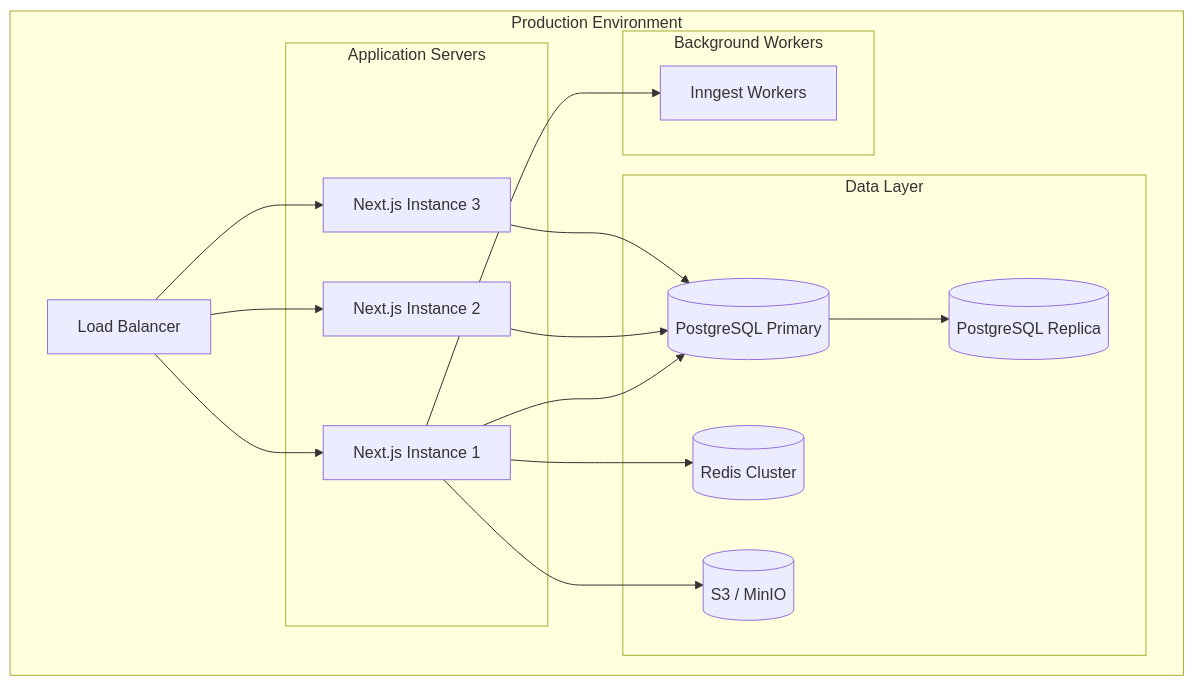
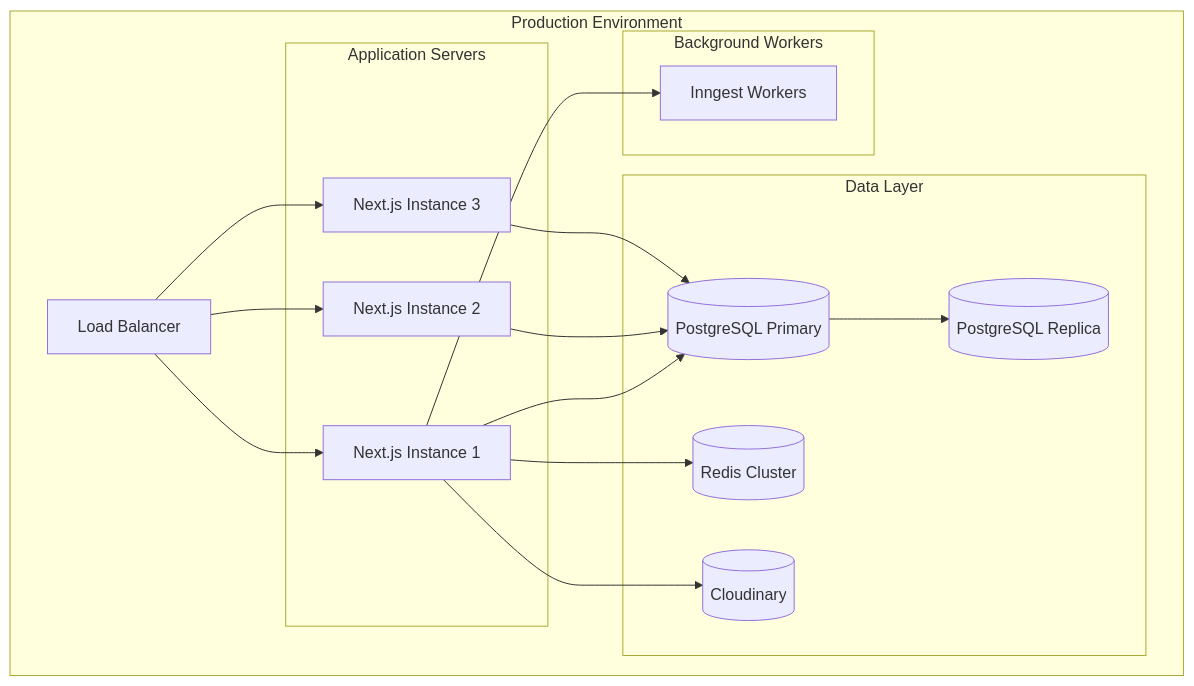
One commit to rejisterjack/rag-starter-kit changed the fifth of 6 diagrams in docs/ARCHITECTURE.md. Above: the diagram before and after it, drawn with Mermaid. The commit also changed other lines of this file and 155 other files, not shown here.

````diff
--- a/docs/ARCHITECTURE.md
+++ b/docs/ARCHITECTURE.md
@@ -218,36 +218,36 @@
 ```mermaid
 graph TB
     subgraph Production["Production Environment"]
         LB["Load Balancer"]
         
         subgraph AppServers["Application Servers"]
             App1["Next.js Instance 1"]
             App2["Next.js Instance 2"]
             App3["Next.js Instance 3"]
         end
         
         subgraph DataLayer["Data Layer"]
             PG[("PostgreSQL Primary")]
             PGRep[("PostgreSQL Replica")]
             RedisCluster[("Redis Cluster")]
-            S3[("S3 / MinIO")]
+            Cloudinary[("Cloudinary")]
         end
         
         subgraph Workers["Background Workers"]
             Inngest["Inngest Workers"]
         end
     end
     
     LB --> App1
     LB --> App2
     LB --> App3
     
     App1 --> PG
     App2 --> PG
     App3 --> PG
     
     PG --> PGRep
     App1 --> RedisCluster
-    App1 --> S3
+    App1 --> Cloudinary
     App1 --> Inngest
 ```
````
